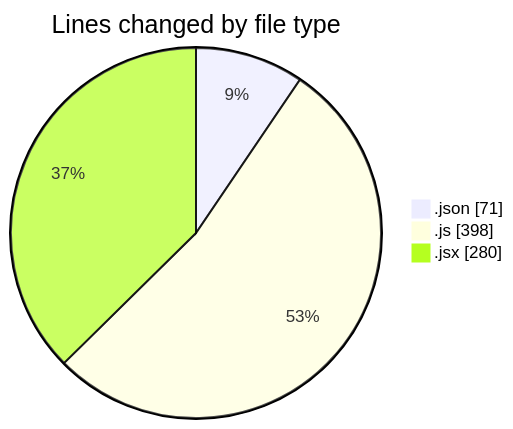
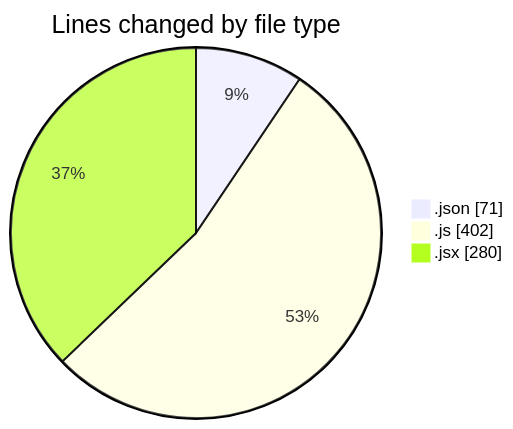
One commit to momahboobian/code-tracking changed the first of 2 diagrams in 2025-05-13/cda/README.md. Above: the diagram before and after it, drawn with Mermaid. The commit also changed other lines of this file and 1 other file, not shown here.

````diff
--- a/2025-05-13/cda/README.md
+++ b/2025-05-13/cda/README.md
@@ -24,7 +24,7 @@
 ```mermaid
 pie showData
 title Lines changed by file type
 ".json" : 71
-".js" : 398
+".js" : 402
 ".jsx" : 280
 ```
````
